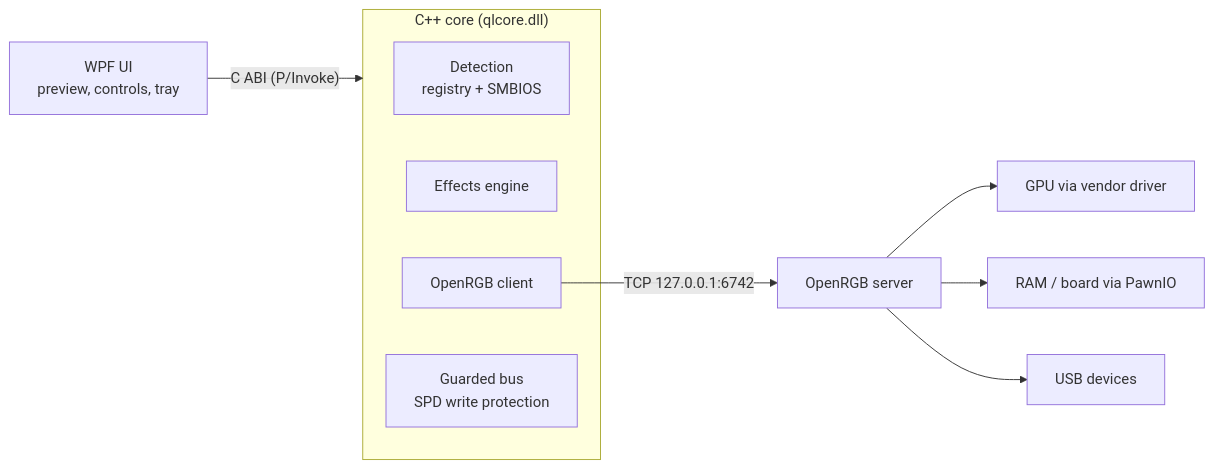
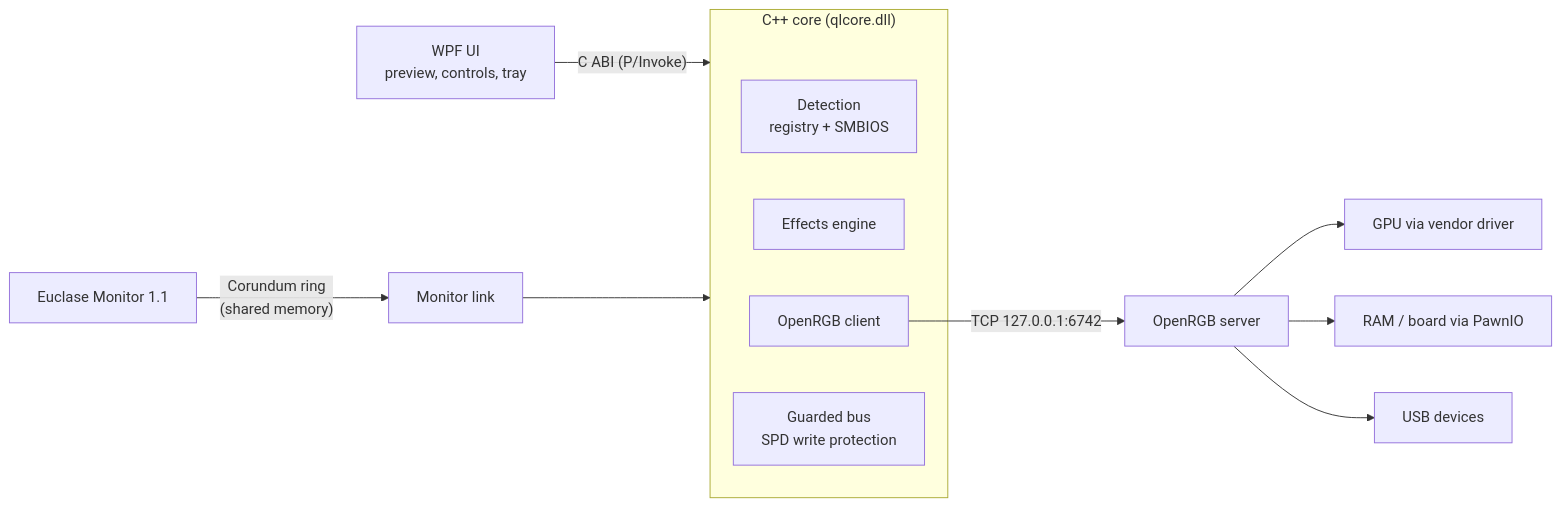
The diagram in README.md (SemyonZamiakin/EuclaseLight), drawn with Mermaid before and after one commit. The commit also changed other lines of this file and 19 other files, not shown here.

````diff
--- a/README.md
+++ b/README.md
@@ -70,14 +83,16 @@
 ```mermaid
 flowchart LR
     UI["WPF UI<br/>preview, controls, tray"] -- "C ABI (P/Invoke)" --> Core
     subgraph Core["C++ core (qlcore.dll)"]
         D[Detection<br/>registry + SMBIOS]
         E[Effects engine]
         C[OpenRGB client]
         G[Guarded bus<br/>SPD write protection]
     end
     C -- "TCP 127.0.0.1:6742" --> O[OpenRGB server]
+    M["Euclase Monitor 1.1"] -- "Corundum ring<br/>(shared memory)" --> L[Monitor link]
+    L --> Core
     O --> H1[GPU via vendor driver]
     O --> H2[RAM / board via PawnIO]
     O --> H3[USB devices]
 ```
````
